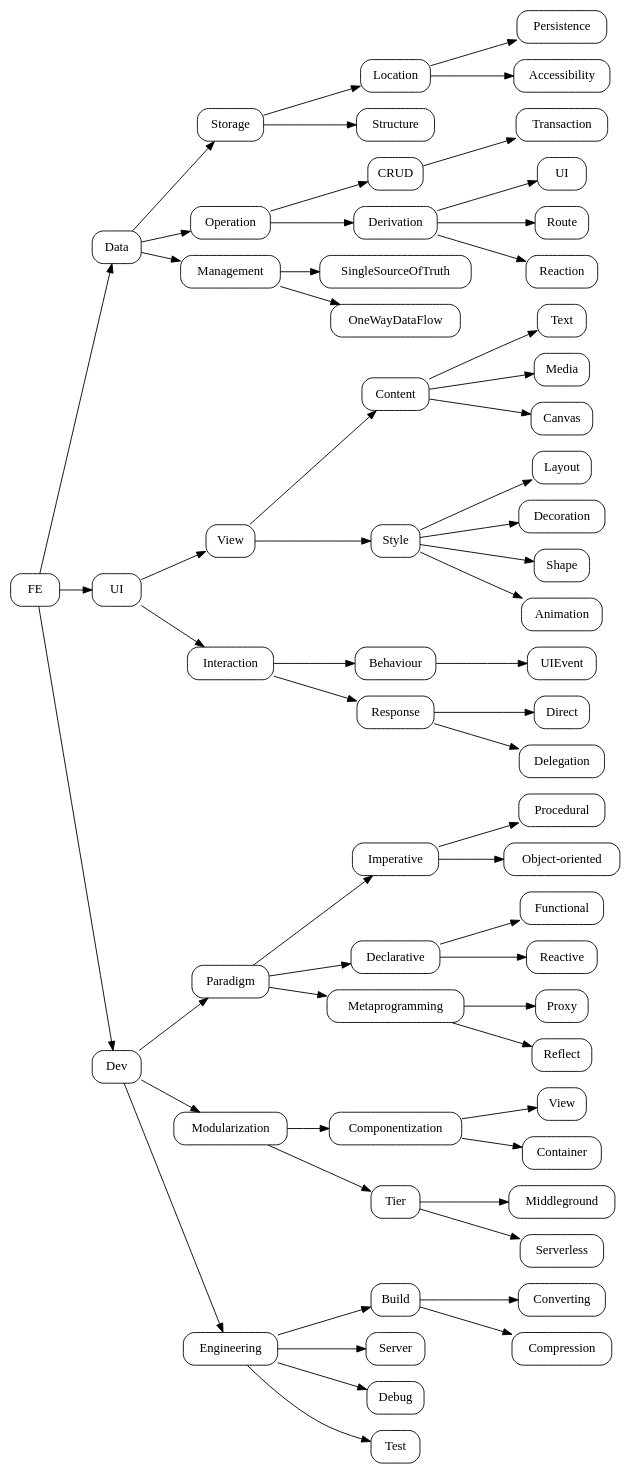
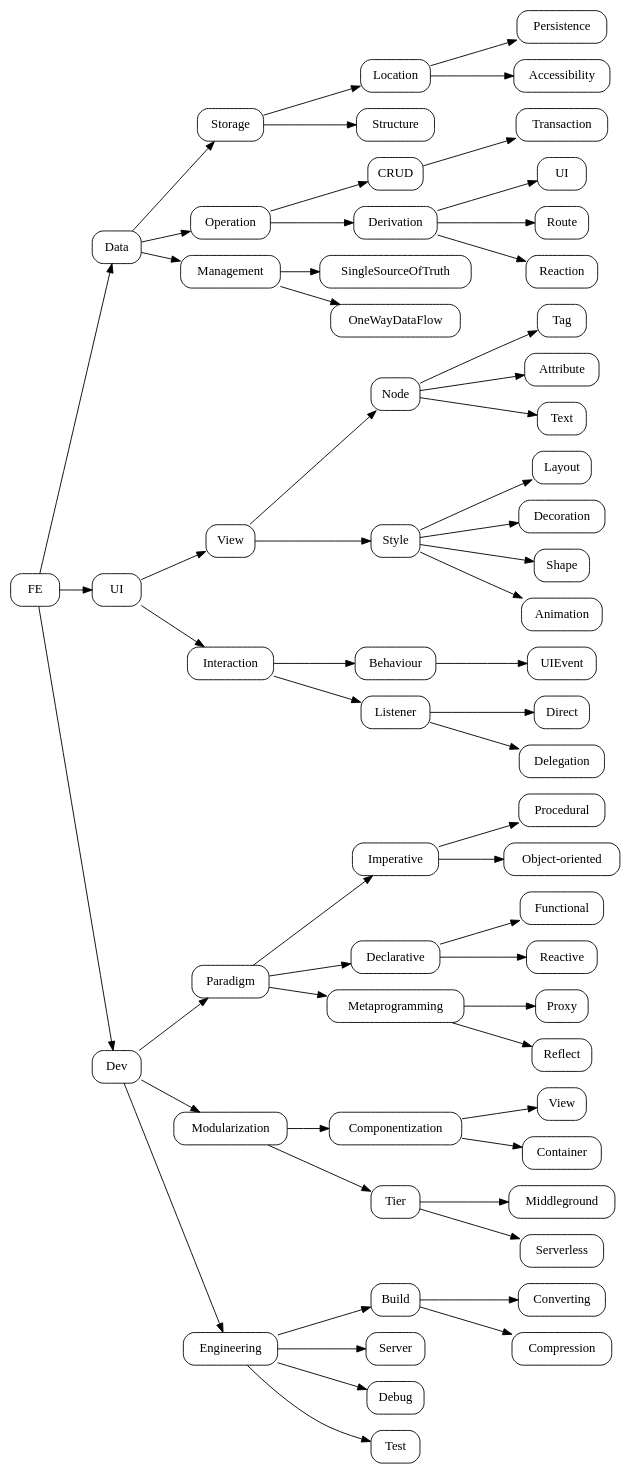
The diagram in FE.TechArea.dot (xhlsrj/psychic-journey), drawn with Graphviz before and after one commit.

```diff
--- a/FE.TechArea.dot
+++ b/FE.TechArea.dot
@@ -1,106 +1,106 @@
 digraph FE{
   rankdir=LR
   node [shape="box",style="rounded"]
   {
     "Data.Data"[label="Data"]
     "UI.UI"[label="UI"]
     "Dev.Dev"[label="Dev"]
   }
 
   FE->{"Data.Data","UI.UI","Dev.Dev"}
 
   // Data
   {
     "Data.Storage"[label="Storage"]
       "Data.Location"[label="Location"]
         "Data.Persistence"[label="Persistence"]
         "Data.Accessibility"[label="Accessibility"]
       "Data.Structure"[label="Structure"]
     "Data.Operation"[label="Operation"]
       "Data.CRUD"[label="CRUD"]
       "Data.Transaction"[label="Transaction"]
       "Data.Derivation"[label="Derivation"]
         "Data.UI"[label="UI"]
         "Data.Route"[label="Route"]
         "Data.Reaction"[label="Reaction"]
     "Data.Management"[label="Management"]
       "Data.SingleSourceOfTruth"[label="SingleSourceOfTruth"]
       "Data.OneWayDataFlow"[label="OneWayDataFlow"]
   }
 
   {"Data.Data"}->{"Data.Storage","Data.Operation","Data.Management"}
     {"Data.Storage"}->{"Data.Location","Data.Structure"}
       {"Data.Location"}->{"Data.Persistence","Data.Accessibility"}
     {"Data.Operation"}->{"Data.CRUD","Data.Derivation"}
       {"Data.CRUD"}->{"Data.Transaction"}
       {"Data.Derivation"}->{"Data.UI","Data.Route","Data.Reaction"}
     {"Data.Management"}->{"Data.SingleSourceOfTruth","Data.OneWayDataFlow"}
 
 
   // UI
   {
     "UI.View"[label="View"]
-      "UI.Content"[label="Content"]
+      "UI.Node"[label="Node"]
+        "UI.Tag"[label="Tag"]
+        "UI.Attribute"[label="Attribute"]
         "UI.Text"[label="Text"]
-        "UI.Media"[label="Media"]
-        "UI.Canvas"[label="Canvas"]
       "UI.Style"[label="Style"]
         "UI.Layout"[label="Layout"]
         "UI.Decoration"[label="Decoration"]
         "UI.Shape"[label="Shape"]
         "UI.Animation"[label="Animation"]
     "UI.Interaction"[label="Interaction"]
       "UI.Behaviour"[label="Behaviour"]
         "UI.UIEvent"[label="UIEvent"]
-      "UI.Response"[label="Response"]
+      "UI.Listener"[label="Listener"]
         "UI.Direct"[label="Direct"]
         "UI.Delegation"[label="Delegation"]
   }
 
   {"UI.UI"}->{"UI.View","UI.Interaction"}
-    {"UI.View"}->{"UI.Content","UI.Style"}
-      {"UI.Content"}->{"UI.Text","UI.Media","UI.Canvas"}
+    {"UI.View"}->{"UI.Node","UI.Style"}
+      {"UI.Node"}->{"UI.Tag","UI.Attribute","UI.Text"}
       {"UI.Style"}->{"UI.Layout","UI.Decoration","UI.Shape","UI.Animation"}
-    {"UI.Interaction"}->{"UI.Behaviour","UI.Response"}
+    {"UI.Interaction"}->{"UI.Behaviour","UI.Listener"}
       {"UI.Behaviour"}->{"UI.UIEvent"}
-      {"UI.Response"}->{"UI.Direct","UI.Delegation"}
+      {"UI.Listener"}->{"UI.Direct","UI.Delegation"}
 
   // Dev
   {
     "Dev.Paradigm"[label="Paradigm"]
       "Dev.Imperative"[label="Imperative"]
         "Dev.Procedural"[label="Procedural"]
         "Dev.Object-oriented"[label="Object-oriented"]
       "Dev.Declarative"[label="Declarative"]
         "Dev.Functional"[label="Functional"]
         "Dev.Reactive"[label="Reactive"]
       "Dev.Metaprogramming"[label="Metaprogramming"]
         "Dev.Proxy"[label="Proxy"]
         "Dev.Reflect"[label="Reflect"]
     "Dev.Modularization"[label="Modularization"]
       "Dev.Componentization"[label="Componentization"]
         "Dev.View"[label="View"]
         "Dev.Container"[label="Container"]
       "Dev.Tier"[label="Tier"]
         "Dev.Middleground"[label="Middleground"]
         "Dev.Serverless"[label="Serverless"]
     "Dev.Engineering"[label="Engineering"]
       "Dev.Build"[label="Build"]
         "Dev.Converting"[label="Converting"]
         "Dev.Compression"[label="Compression"]
       "Dev.Server"[label="Server"]
       "Dev.Debug"[label="Debug"]
       "Dev.Test"[label="Test"]
   }
 
   {"Dev.Dev"}->{"Dev.Paradigm","Dev.Modularization","Dev.Engineering"}
     {"Dev.Paradigm"}->{"Dev.Imperative","Dev.Declarative","Dev.Metaprogramming"}
       {"Dev.Imperative"}->{"Dev.Procedural","Dev.Object-oriented"}
       {"Dev.Declarative"}->{"Dev.Functional","Dev.Reactive"}
       {"Dev.Metaprogramming"}->{"Dev.Proxy","Dev.Reflect"}
     {"Dev.Modularization"}->{"Dev.Componentization","Dev.Tier"}
       {"Dev.Componentization"}->{"Dev.View","Dev.Container"}
       {"Dev.Tier"}->{"Dev.Middleground","Dev.Serverless"}
     {"Dev.Engineering"}->{"Dev.Build","Dev.Server","Dev.Debug","Dev.Test"}
       {"Dev.Build"}->{"Dev.Converting","Dev.Compression"}
 }
```
